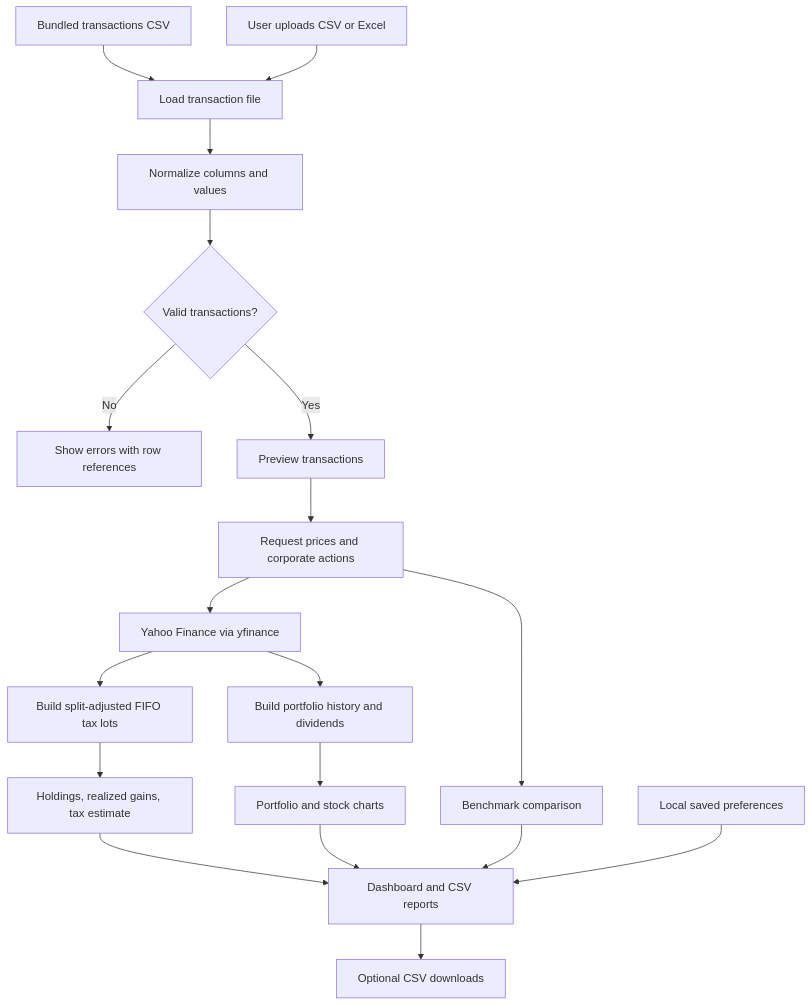
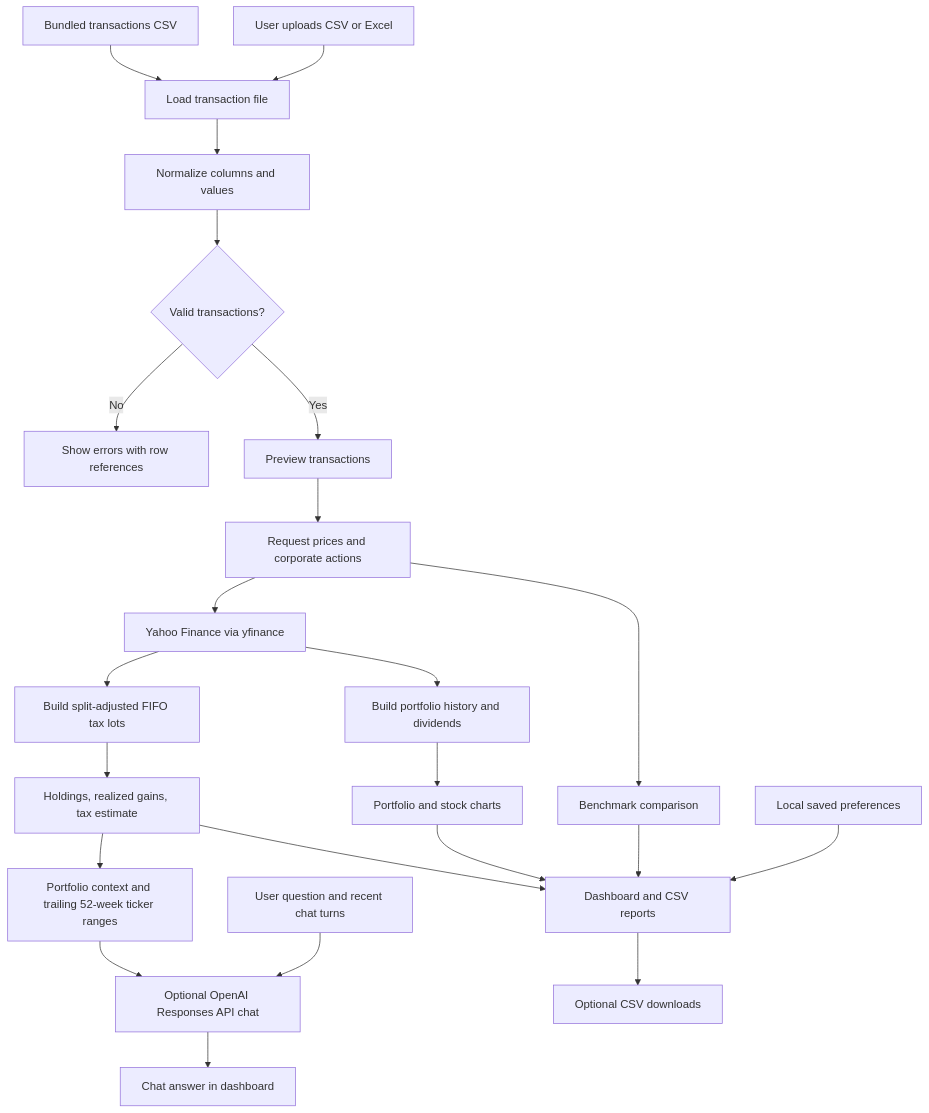
One commit to gen-ai-builder/StockPortfolio changed the first of 3 diagrams in DESIGN.md. Above: the diagram before and after it, drawn with Mermaid. The commit also changed other lines of this file and 5 other files, not shown here.

Commit message:
Add portfolio chat assistant

````diff
--- a/DESIGN.md
+++ b/DESIGN.md
@@ -63,21 +66,25 @@
 ```mermaid
 flowchart TD
     A[Bundled transactions CSV] --> C[Load transaction file]
     B[User uploads CSV or Excel] --> C
     C --> D[Normalize columns and values]
     D --> E{Valid transactions?}
     E -- No --> F[Show errors with row references]
     E -- Yes --> G[Preview transactions]
     G --> H[Request prices and corporate actions]
     H --> I[Yahoo Finance via yfinance]
     I --> J[Build split-adjusted FIFO tax lots]
     I --> K[Build portfolio history and dividends]
     J --> L[Holdings, realized gains, tax estimate]
     K --> M[Portfolio and stock charts]
     H --> N[Benchmark comparison]
     L --> O[Dashboard and CSV reports]
     M --> O
     N --> O
+    L --> R[Portfolio context and trailing 52-week ticker ranges]
+    R --> S[Optional OpenAI Responses API chat]
+    T[User question and recent chat turns] --> S
+    S --> U[Chat answer in dashboard]
     P[Local saved preferences] --> O
     O --> Q[Optional CSV downloads]
 ```
````
